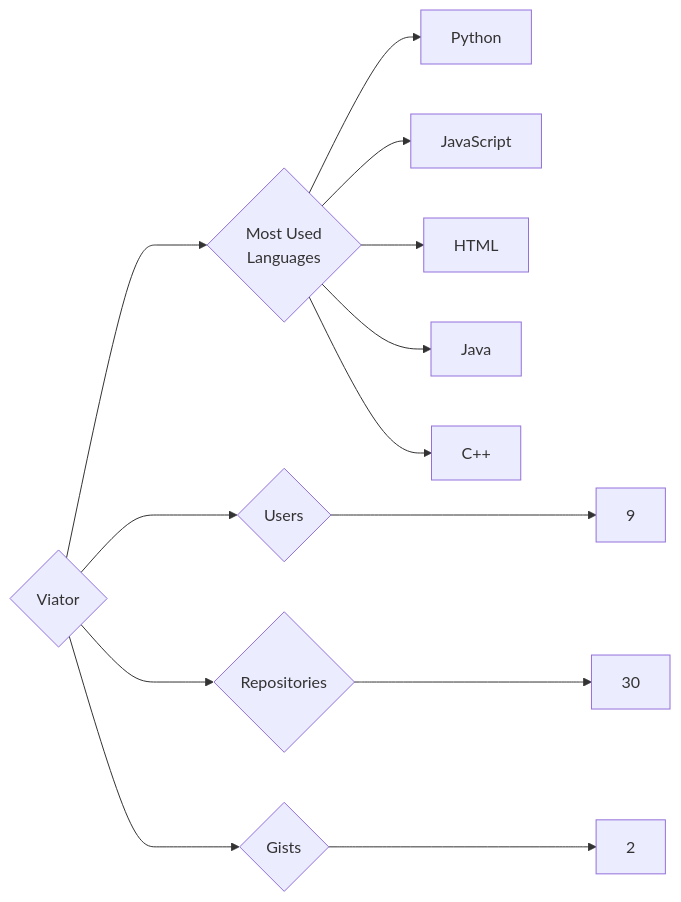
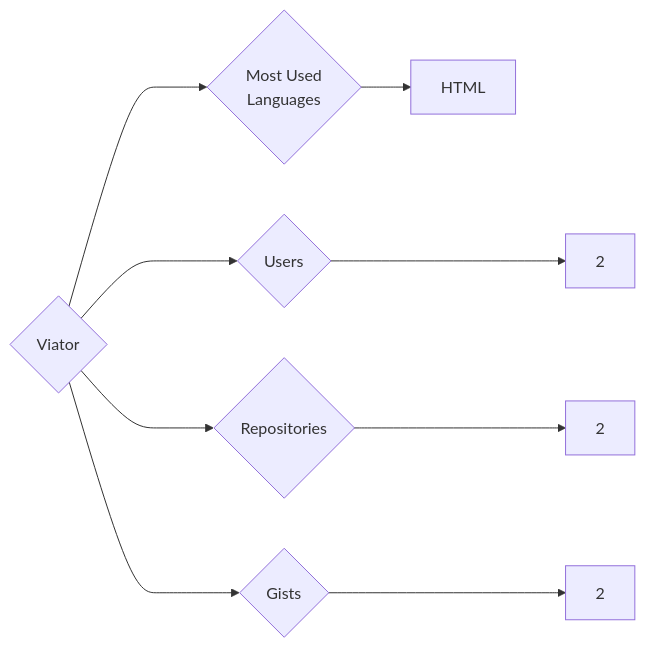
One commit to trickest/insiders changed the diagram in targets/Viator/README.md. Above: the diagram before and after it, drawn with Mermaid. The commit also changed 806 other files, not shown here.

````diff
--- a/targets/Viator/README.md
+++ b/targets/Viator/README.md
@@ -3,13 +3,9 @@
 ```mermaid
 graph LR
 COMPANY_NAME{Viator}
-COMPANY_NAME ---> U{Users} ---> UN[9]
-COMPANY_NAME ---> R{Repositories} ---> RN[30]
+COMPANY_NAME ---> U{Users} ---> UN[2]
+COMPANY_NAME ---> R{Repositories} ---> RN[2]
 COMPANY_NAME ---> G{Gists} ---> GN[2]
 COMPANY_NAME ---> ML{Most Used<br>Languages}
-ML --> Python[Python]
-ML --> JavaScript[JavaScript]
 ML --> HTML[HTML]
-ML --> Java[Java]
-ML --> C++[C++]
 ```
````
